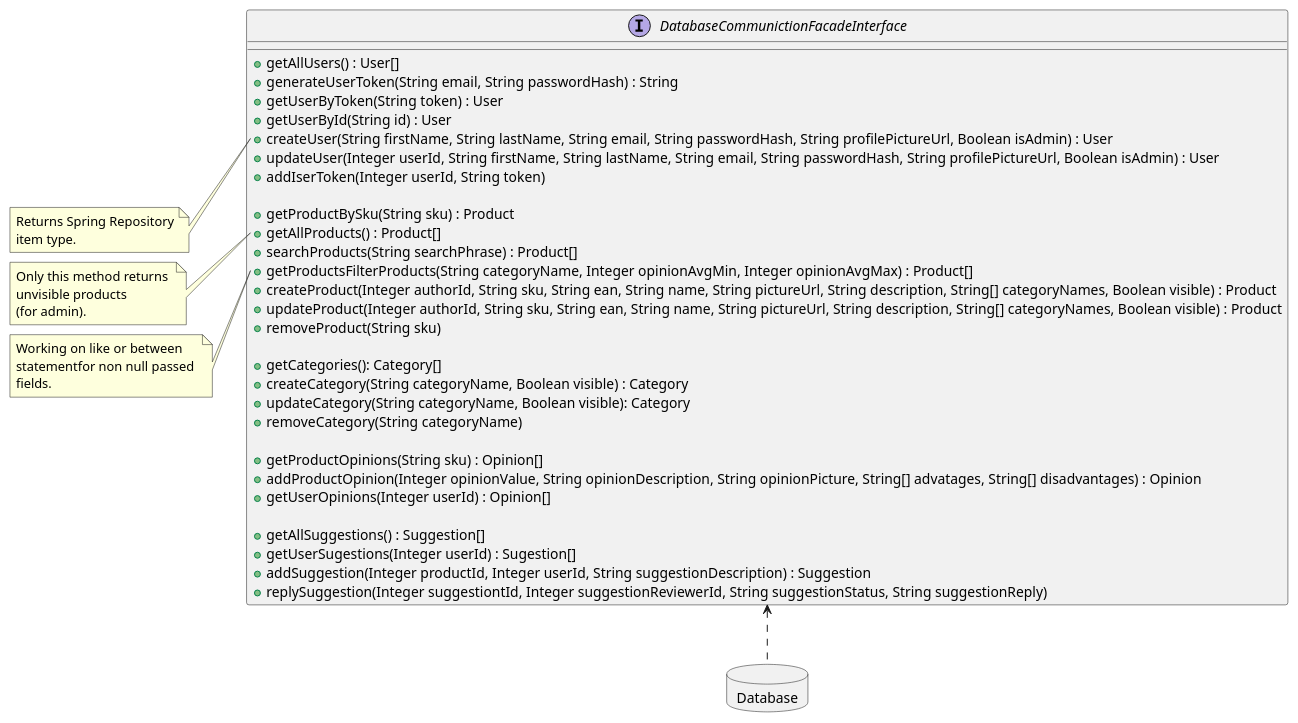
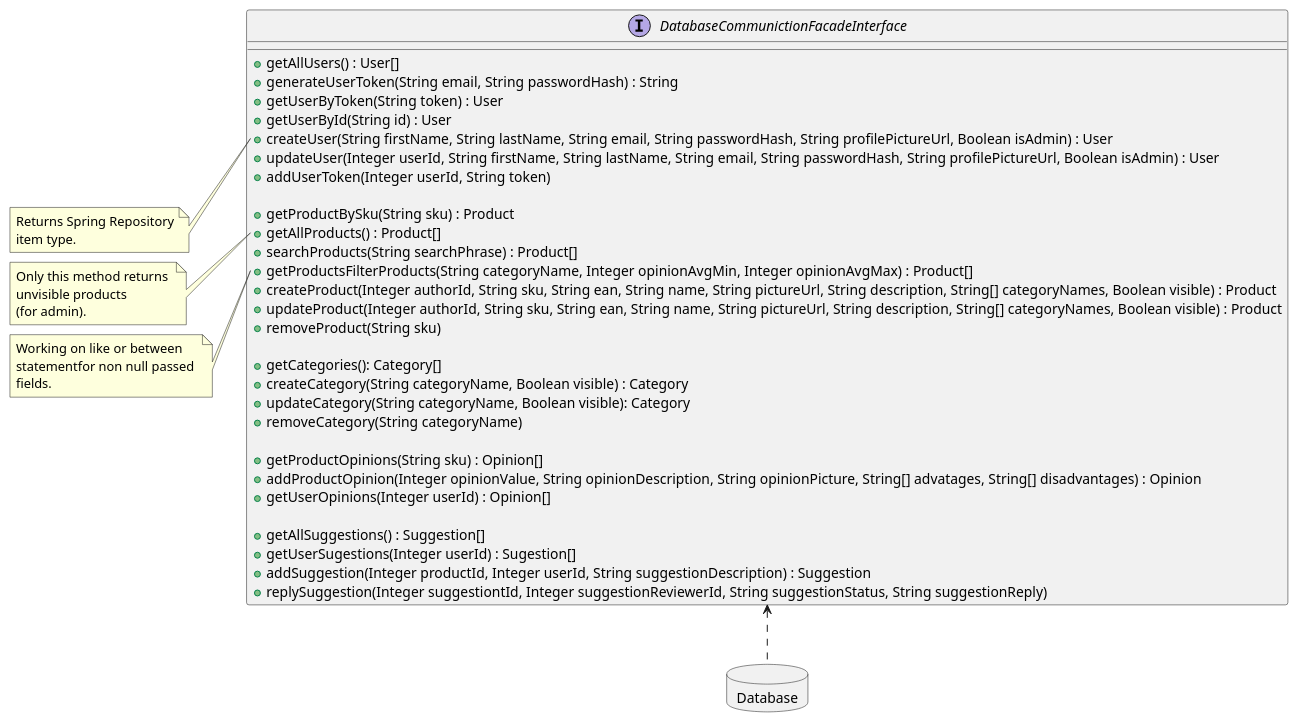
Before and after one commit to RadekBucki/OpinionCollectorArchitecture: the diagram in backend/BackendDatabaseCommunication.md, drawn with PlantUML. The commit also changed 1 other file, not shown here.

Commit message:
Typo in database fix
Database bug fix

````diff
--- a/backend/BackendDatabaseCommunication.md
+++ b/backend/BackendDatabaseCommunication.md
@@ -3,58 +3,58 @@
 ```plantuml
 @startuml
 DatabaseCommunictionFacadeInterface <.. Database
 
 database Database {
 }
 
 interface DatabaseCommunictionFacadeInterface {
     + getAllUsers() : User[]
     + generateUserToken(String email, String passwordHash) : String
     + getUserByToken(String token) : User
     + getUserById(String id) : User
     + createUser(String firstName, String lastName, String email, String passwordHash, String profilePictureUrl, Boolean isAdmin) : User
     + updateUser(Integer userId, String firstName, String lastName, String email, String passwordHash, String profilePictureUrl, Boolean isAdmin) : User
-    + addIserToken(Integer userId, String token)
+    + addUserToken(Integer userId, String token)
     
     + getProductBySku(String sku) : Product
     + getAllProducts() : Product[]
     + searchProducts(String searchPhrase) : Product[]
     + getProductsFilterProducts(String categoryName, Integer opinionAvgMin, Integer opinionAvgMax) : Product[]
     + createProduct(Integer authorId, String sku, String ean, String name, String pictureUrl, String description, String[] categoryNames, Boolean visible) : Product
     + updateProduct(Integer authorId, String sku, String ean, String name, String pictureUrl, String description, String[] categoryNames, Boolean visible) : Product
     + removeProduct(String sku)
     
     + getCategories(): Category[]
     + createCategory(String categoryName, Boolean visible) : Category
     + updateCategory(String categoryName, Boolean visible): Category
     + removeCategory(String categoryName)
     
     + getProductOpinions(String sku) : Opinion[]
     + addProductOpinion(Integer opinionValue, String opinionDescription, String opinionPicture, String[] advatages, String[] disadvantages) : Opinion
     + getUserOpinions(Integer userId) : Opinion[]
     
     + getAllSuggestions() : Suggestion[]
     + getUserSugestions(Integer userId) : Sugestion[]
     + addSuggestion(Integer productId, Integer userId, String suggestionDescription) : Suggestion
     + replySuggestion(Integer suggestiontId, Integer suggestionReviewerId, String suggestionStatus, String suggestionReply)
 }
 
 note left of DatabaseCommunictionFacadeInterface::createUser
     Returns Spring Repository
     item type.
 endnote
 
 note left of DatabaseCommunictionFacadeInterface::getAllProducts
     Only this method returns 
     unvisible products
     (for admin).
 endnote
 
 note left of DatabaseCommunictionFacadeInterface::getProductsFilterProducts
     Working on like or between 
     statementfor non null passed 
     fields.
 endnote
 
 @enduml 
 ```
````
